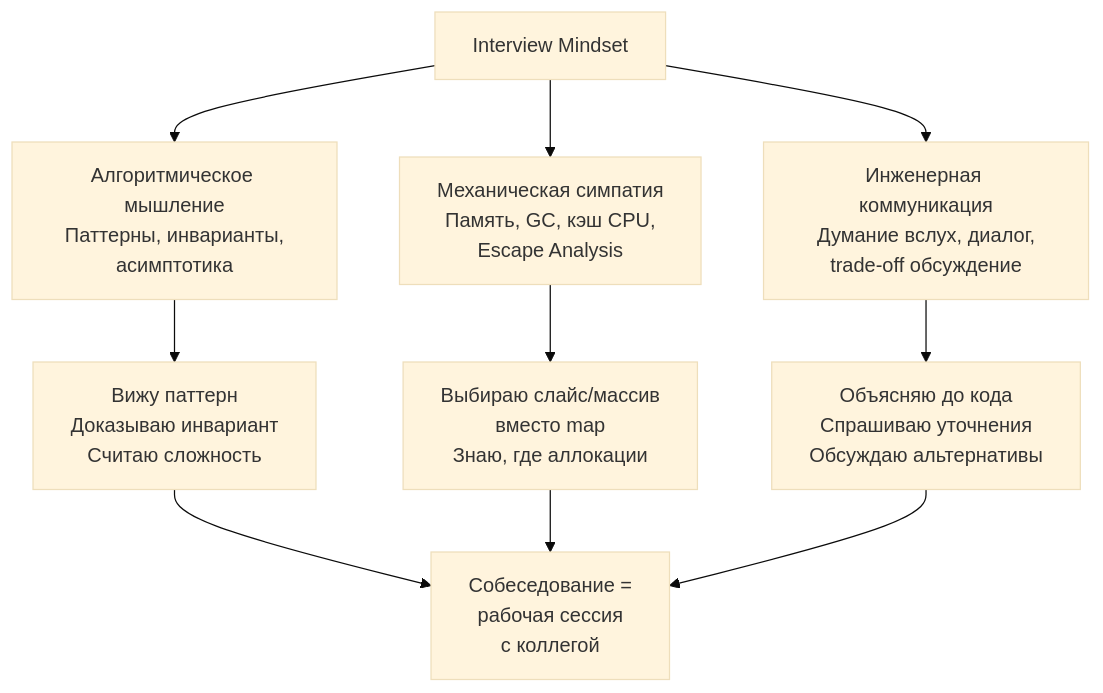
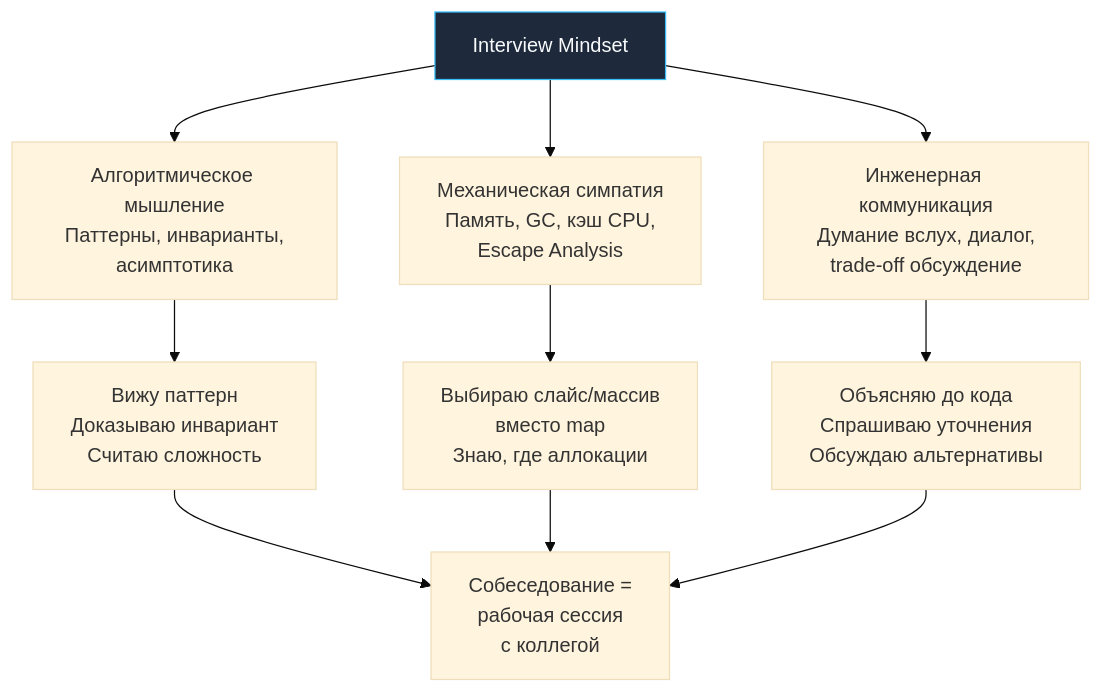
Before and after one commit to UnrealTemplier/go-textbook: the diagram in sources/21. Задачи с LeetCode и собеседований на Go/01. Теория/28. Итоги. Interview mindset.md, drawn with Mermaid (base theme). The commit also changed 1666 other files, not shown here.

First line of the commit message:
feat(mermaid): add semantic color classDef to 1369 colorless flowchart/graph diagrams

````diff
--- a/sources/21. Задачи с LeetCode и собеседований на Go/01. Теория/28. Итоги. Interview mindset.md
+++ b/sources/21. Задачи с LeetCode и собеседований на Go/01. Теория/28. Итоги. Interview mindset.md
@@ -10,14 +10,24 @@
 ```mermaid
 flowchart TD
-    Mindset["Interview Mindset"] --> Pillar1["Алгоритмическое мышление<br>Паттерны, инварианты,<br>асимптотика"]
+    classDef process  fill:#1e293b,stroke:#38bdf8,stroke-width:1px,color:#f8fafc
+    classDef success  fill:#064e3b,stroke:#34d399,stroke-width:1px,color:#f8fafc
+    classDef error    fill:#7f1d1d,stroke:#f87171,stroke-width:1px,color:#f8fafc
+    classDef warning  fill:#78350f,stroke:#fbbf24,stroke-width:1px,color:#f8fafc
+    classDef entry    fill:#1e3a5f,stroke:#38bdf8,stroke-width:2px,color:#f8fafc
+    classDef aux      fill:#334155,stroke:#64748b,stroke-width:1px,color:#f8fafc
+    classDef system   fill:#312e81,stroke:#a78bfa,stroke-width:1px,color:#f8fafc
+    classDef data     fill:#132d29,stroke:#2dd4bf,stroke-width:1px,color:#f8fafc
+    classDef network  fill:#881337,stroke:#fb7185,stroke-width:1px,color:#f8fafc
+    classDef accent   fill:#1e1b4b,stroke:#818cf8,stroke-width:1px,color:#f8fafc
+    Mindset["Interview Mindset"]:::process --> Pillar1["Алгоритмическое мышление<br>Паттерны, инварианты,<br>асимптотика"]
     Mindset --> Pillar2["Механическая симпатия<br>Память, GC, кэш CPU,<br>Escape Analysis"]
     Mindset --> Pillar3["Инженерная коммуникация<br>Думание вслух, диалог,<br>trade-off обсуждение"]
     
     Pillar1 --> Action1["Вижу паттерн<br>Доказываю инвариант<br>Считаю сложность"]
     Pillar2 --> Action2["Выбираю слайс/массив<br>вместо map<br>Знаю, где аллокации"]
     Pillar3 --> Action3["Объясняю до кода<br>Спрашиваю уточнения<br>Обсуждаю альтернативы"]
     
     Action1 --> Result["Собеседование =<br>рабочая сессия<br>с коллегой"]
     Action2 --> Result
     Action3 --> Result
 ```
````
